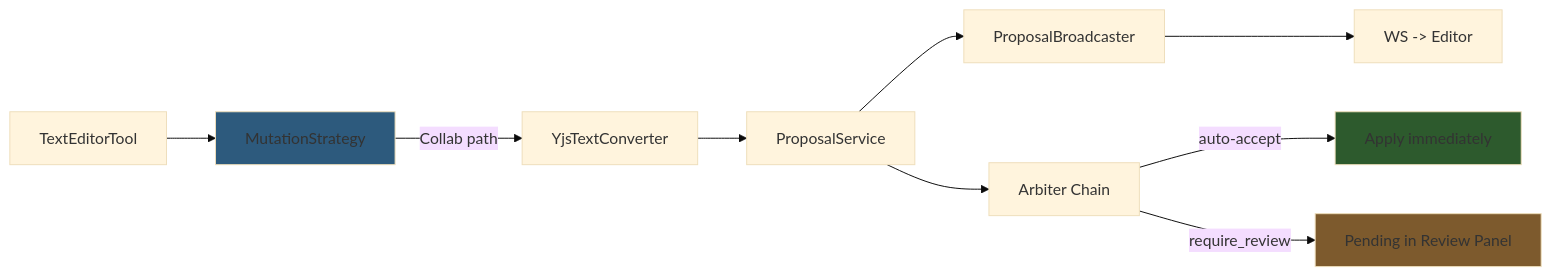
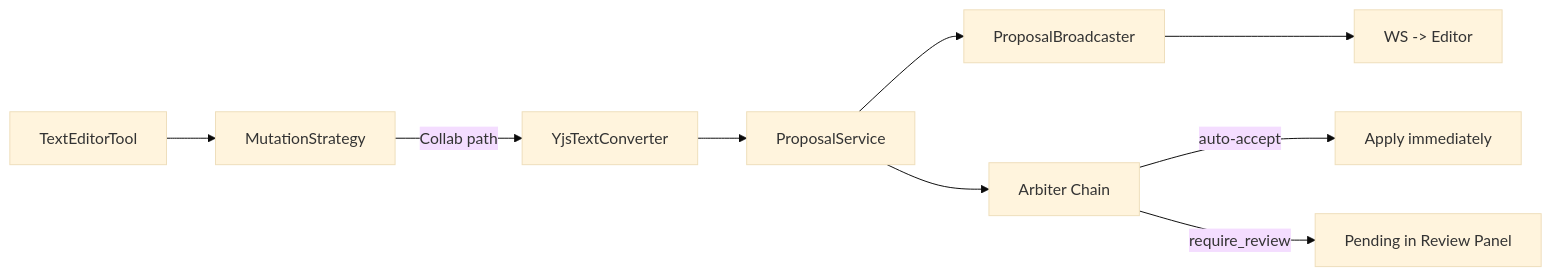
Before and after one commit to haowjy/meridian-flow: the diagram in _docs/features/fb-collab-ai-bridge/README.md, drawn with Mermaid (base theme). The commit also changed 46 other files, not shown here.

````diff
--- a/_docs/features/fb-collab-ai-bridge/README.md
+++ b/_docs/features/fb-collab-ai-bridge/README.md
@@ -33,15 +33,12 @@
 ```mermaid
 flowchart LR
     A["TextEditorTool"] --> B["MutationStrategy"]
     B -->|Collab path| C["YjsTextConverter"]
     C --> D["ProposalService"]
     D --> E["ProposalBroadcaster"]
     E --> F["WS -> Editor"]
     D --> G["Arbiter Chain"]
     G -->|auto-accept| H["Apply immediately"]
     G -->|require_review| I["Pending in Review Panel"]
 
-    style B fill:#2d5a7d
-    style H fill:#2d5a2d
-    style I fill:#7d5a2d
 ```
````
